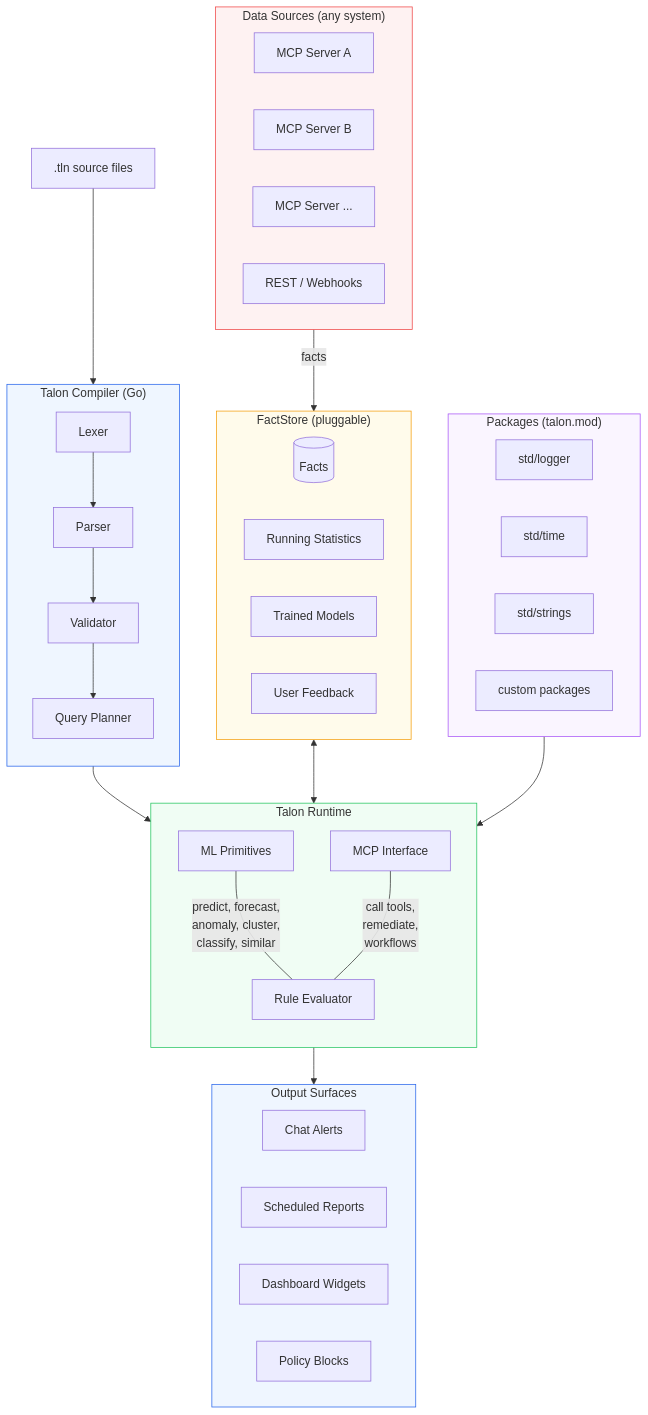
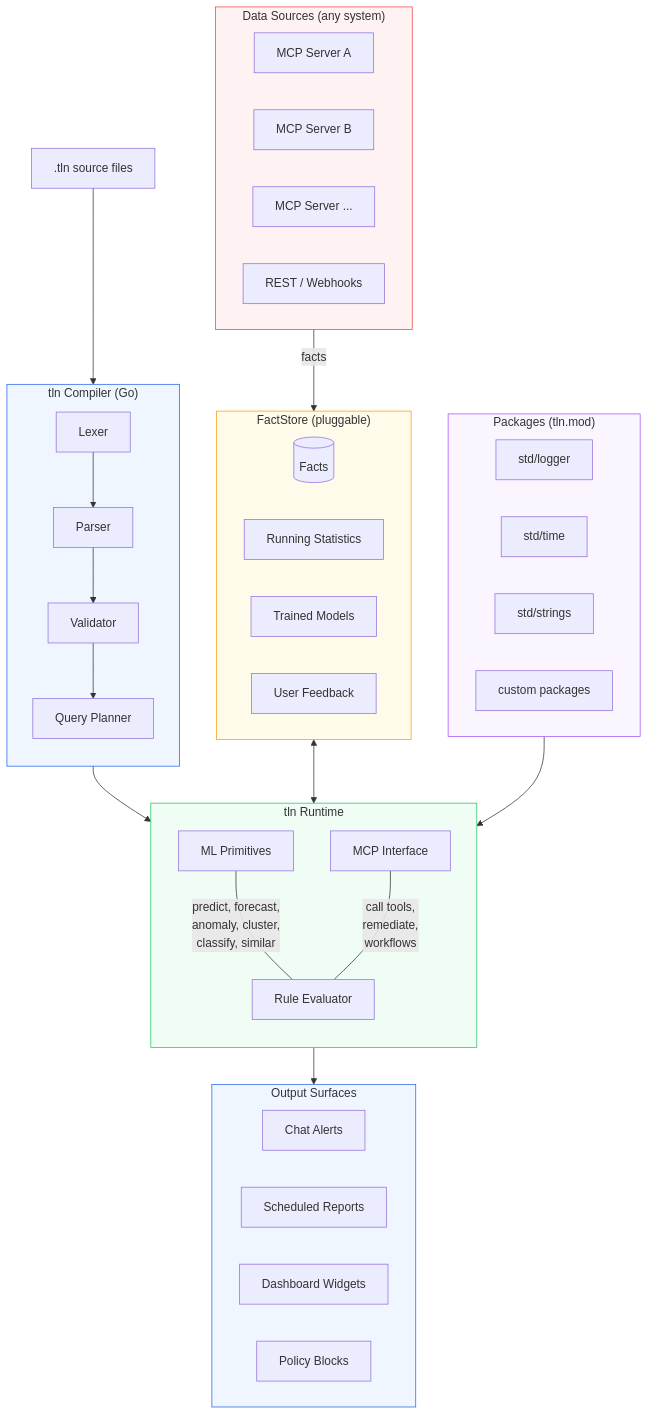
Before and after one commit to opentalon/talon-language: the first of 2 diagrams in README.md, drawn with Mermaid. The commit also changed other lines of this file and 251 other files, not shown here.

First line of the commit message:
refactor: rename module and CLI/SDK talon → tln

````diff
--- a/README.md
+++ b/README.md
@@ -151,64 +151,64 @@
 ```mermaid
 graph TB
     subgraph Sources["Data Sources (any system)"]
         MCP1[MCP Server A]
         MCP2[MCP Server B]
         MCP3[MCP Server ...]
         API[REST / Webhooks]
     end
 
-    subgraph Compiler["Talon Compiler (Go)"]
+    subgraph Compiler["tln Compiler (Go)"]
         direction TB
         LEX[Lexer]
         PAR[Parser]
         VAL[Validator]
         QP[Query Planner]
         LEX --> PAR --> VAL --> QP
     end
 
-    subgraph Runtime["Talon Runtime"]
+    subgraph Runtime["tln Runtime"]
         direction TB
         EVAL[Rule Evaluator]
         ML[ML Primitives]
         MCP_OUT[MCP Interface]
 
         ML --- |predict, forecast,<br>anomaly, cluster,<br>classify, similar| EVAL
         MCP_OUT --- |call tools,<br>remediate,<br>workflows| EVAL
     end
 
     subgraph Store["FactStore (pluggable)"]
         FACTS[(Facts)]
         STATS[Running Statistics]
         MODELS[Trained Models]
         FEEDBACK[User Feedback]
     end
 
-    subgraph Plugins["Packages (talon.mod)"]
+    subgraph Plugins["Packages (tln.mod)"]
         STD_LOG[std/logger]
         STD_TIME[std/time]
         STD_STR[std/strings]
         CUSTOM[custom packages]
     end
 
     subgraph Output["Output Surfaces"]
         CHAT[Chat Alerts]
         REPORT[Scheduled Reports]
         DASH[Dashboard Widgets]
         GUARD[Policy Blocks]
     end
 
-    TALON[".tln source files"] --> Compiler
+    TLN[".tln source files"] --> Compiler
     Compiler --> Runtime
     Runtime --> Output
 
     Sources --> |facts| Store
     Store <--> Runtime
     Plugins --> Runtime
 
     style Sources fill:#fef2f2,stroke:#ef4444
     style Compiler fill:#eff6ff,stroke:#2563eb
     style Runtime fill:#f0fdf4,stroke:#22c55e
     style Store fill:#fffbeb,stroke:#f59e0b
     style Plugins fill:#faf5ff,stroke:#a855f7
     style Output fill:#eff6ff,stroke:#2563eb
 ```
````
